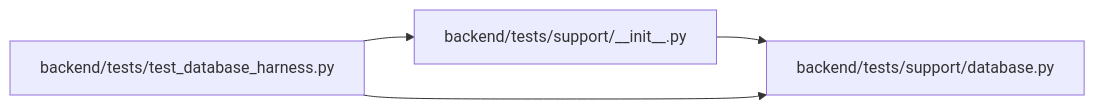
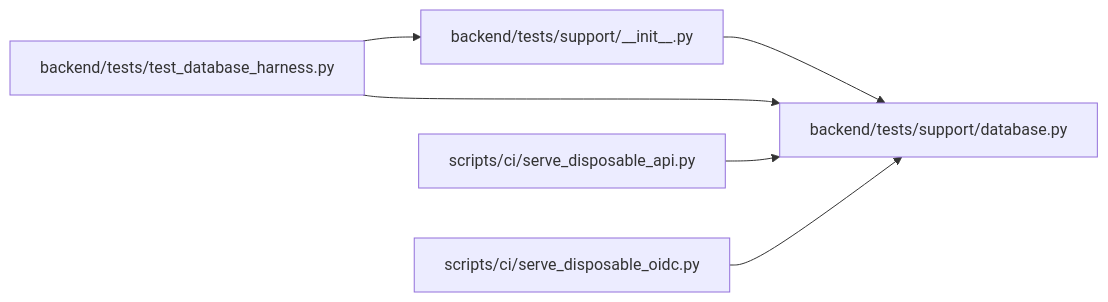
One commit to Denissvgn/WorkChord changed the diagram in docs/llm_wiki/modules/support_database.md. Above: the diagram before and after it, drawn with Mermaid. The commit also changed other lines of this file and 958 other files, not shown here.

First line of the commit message:
docs(wiki): refresh identity and recovery architecture

````diff
--- a/docs/llm_wiki/modules/support_database.md
+++ b/docs/llm_wiki/modules/support_database.md
@@ -27,12 +27,18 @@
 ```mermaid
 flowchart LR
     n0["backend/tests/support/__init__.py"]
     n1["backend/tests/support/database.py"]
     n2["backend/tests/test_database_harness.py"]
+    n3["scripts/ci/serve_disposable_api.py"]
+    n4["scripts/ci/serve_disposable_oidc.py"]
     n0 --> n1
     n2 --> n0
     n2 --> n1
+    n3 --> n1
+    n4 --> n1
     click n0 "../modules/support___init__.md"
     click n1 "../modules/support_database.md"
     click n2 "../modules/test_database_harness.md"
+    click n3 "../modules/serve_disposable_api.md"
+    click n4 "../modules/serve_disposable_oidc.md"
 ```
````
